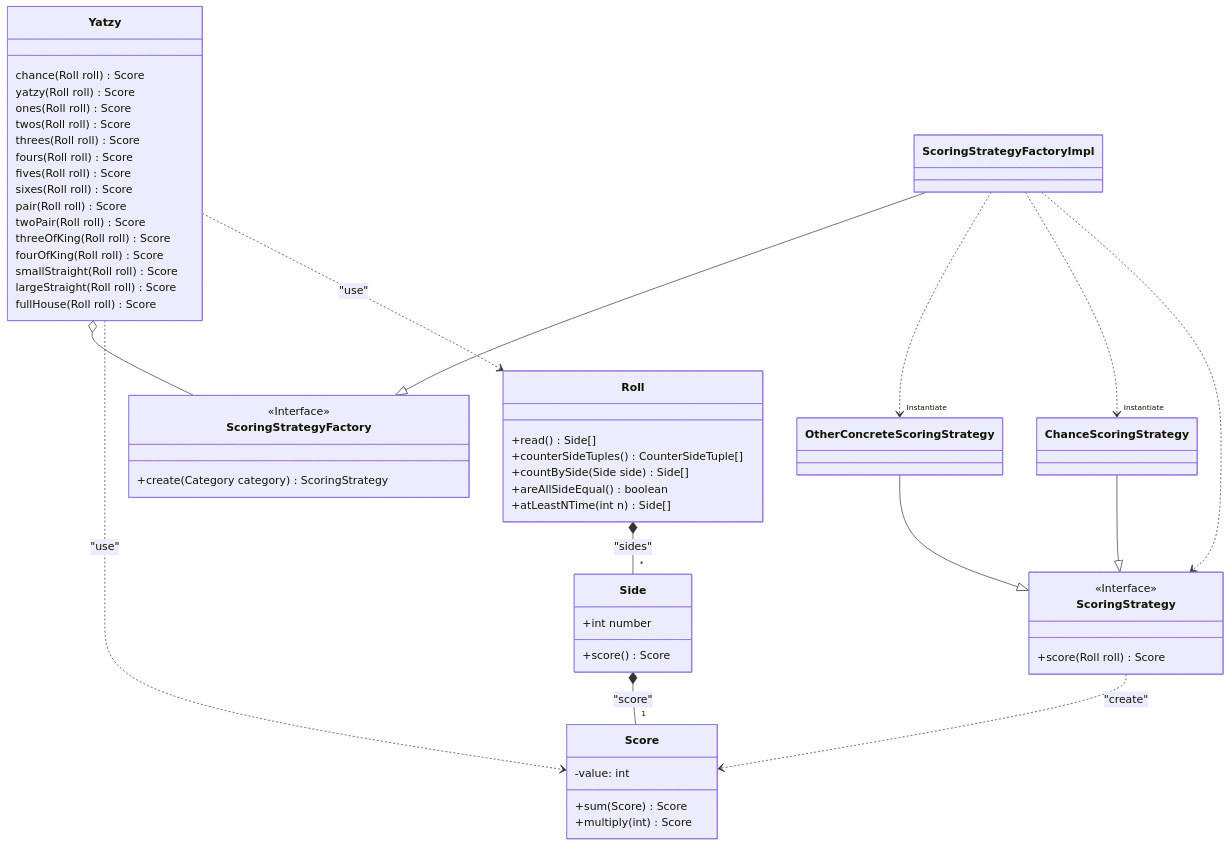
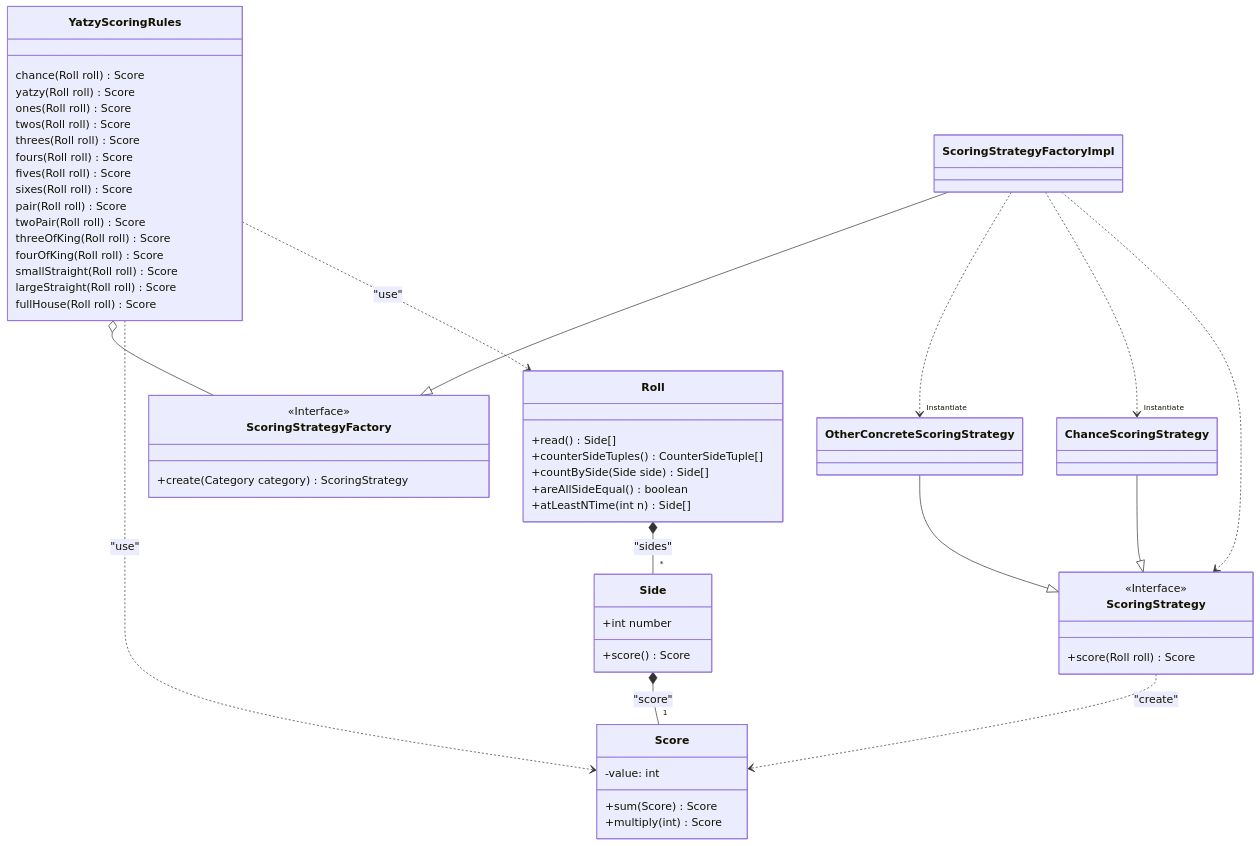
One commit to gplumey/yatzy-refactoring changed the diagram in java/README.md. Above: the diagram before and after it, drawn with Mermaid. The commit also changed 2 other files, not shown here.

Commit message:
refactor: rename Yatzy.class to a more specialized name for scoring

````diff
--- a/java/README.md
+++ b/java/README.md
@@ -58,70 +58,70 @@
 ```mermaid
 classDiagram
-    class Yatzy {
+    class YatzyScoringRules {
         chance(Roll roll) Score
         yatzy(Roll roll) Score
         ones(Roll roll) Score
         twos(Roll roll) Score
         threes(Roll roll) Score
         fours(Roll roll) Score
         fives(Roll roll) Score
         sixes(Roll roll) Score
         pair(Roll roll) Score
         twoPair(Roll roll) Score
         threeOfKing(Roll roll) Score
         fourOfKing(Roll roll) Score
         smallStraight(Roll roll) Score
         largeStraight(Roll roll) Score
         fullHouse(Roll roll) Score
     }
 
     class Roll {
         +read() Side[]
         +counterSideTuples() CounterSideTuple[]
         +countBySide(Side side) Side[]
         +areAllSideEqual() boolean
         +atLeastNTime(int n) Side[]
     }
     class Side {
         +int number
         +score() Score
     }
     class Score {
         -value: int
         +sum(Score) Score
         +multiply(int) Score
     }
     
     class ScoringStrategy {
         +score(Roll roll) Score
     }
     <<Interface>> ScoringStrategy
     class ScoringStrategyFactory {
         +create(Category category) ScoringStrategy
     }
     <<Interface>> ScoringStrategyFactory
 
     class ScoringStrategyFactoryImpl {
     }
     class ChanceScoringStrategy {
     }
     class OtherConcreteScoringStrategy {
     }
 
 
-    Yatzy ..>  Roll :"use"
-    Yatzy ..>  Score : "use"
+    YatzyScoringRules ..>  Roll :"use"
+    YatzyScoringRules ..>  Score : "use"
     ScoringStrategy ..> Score : "create"
     ScoringStrategyFactoryImpl ..> ScoringStrategy
     ScoringStrategyFactoryImpl ..> "Instantiate" ChanceScoringStrategy
     ScoringStrategyFactoryImpl ..> "Instantiate" OtherConcreteScoringStrategy
 
-    Yatzy o-- ScoringStrategyFactory
+    YatzyScoringRules o-- ScoringStrategyFactory
     ScoringStrategyFactoryImpl --|> ScoringStrategyFactory
     ChanceScoringStrategy --|> ScoringStrategy
     OtherConcreteScoringStrategy --|> ScoringStrategy
     Roll *-- "*" Side : "sides"
     Side *-- "1" Score: "score"
 
 
 ```
````
